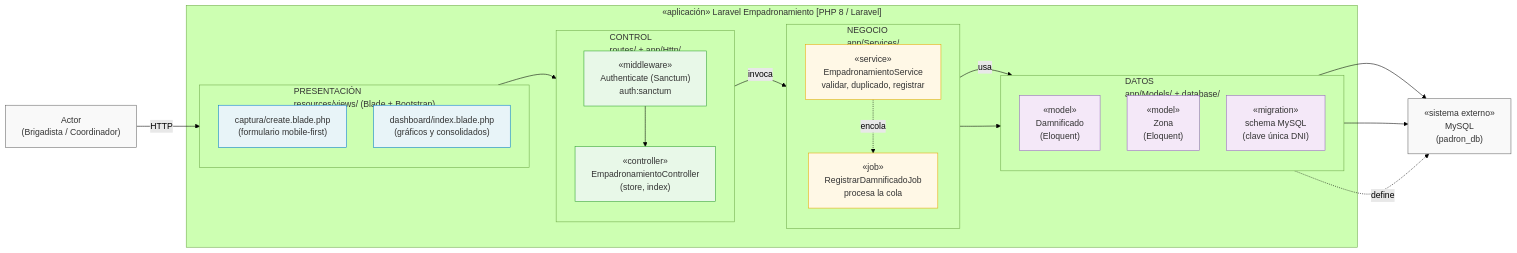
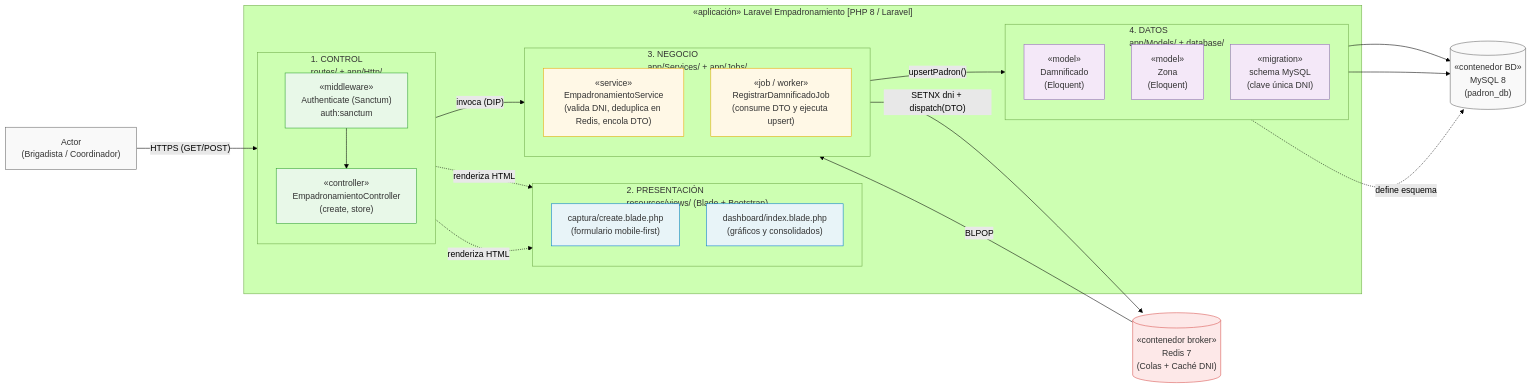
One commit to gabrielquispe27-ops/Sistema-Empadronamiento_arquiSoft_Quispe-02 changed the diagram in img/fuentes-mermaid/enfoque-arquitectonico.mmd. Above: the diagram before and after it, drawn with Mermaid (forest theme). The commit also changed 31 other files, not shown here.

First line of the commit message:
docs(arquitectura): optimización C4, integración de Redis y diagramas actualizados

```diff
--- a/img/fuentes-mermaid/enfoque-arquitectonico.mmd
+++ b/img/fuentes-mermaid/enfoque-arquitectonico.mmd
@@ -1,52 +1,51 @@
 flowchart LR
     classDef pres fill:#e8f4f8,stroke:#007acc,stroke-width:1px,color:#333
     classDef ctrl fill:#e8f8e8,stroke:#2ca02c,stroke-width:1px,color:#333
     classDef biz fill:#fff8e6,stroke:#e6a800,stroke-width:1px,color:#333
     classDef data fill:#f4e8f8,stroke:#9467bd,stroke-width:1px,color:#333
+    classDef queue fill:#fde8e8,stroke:#d9534f,stroke-width:1px,color:#333
     classDef ext fill:#f9f9f9,stroke:#666,stroke-width:1px,color:#333
 
     Usuario["Actor\n(Brigadista / Coordinador)"]:::ext
 
     subgraph APP ["«aplicación» Laravel Empadronamiento [PHP 8 / Laravel]"]
-        subgraph PRES ["PRESENTACIÓN\nresources/views/ (Blade + Bootstrap)"]
+        subgraph CTRL ["1. CONTROL\nroutes/ + app/Http/"]
+            direction TB
+            MW["«middleware»\nAuthenticate (Sanctum)\nauth:sanctum"]:::ctrl
+            C1["«controller»\nEmpadronamientoController\n(create, store)"]:::ctrl
+        end
+
+        subgraph PRES ["2. PRESENTACIÓN\nresources/views/ (Blade + Bootstrap)"]
             direction TB
             V1["captura/create.blade.php\n(formulario mobile-first)"]:::pres
             V2["dashboard/index.blade.php\n(gráficos y consolidados)"]:::pres
         end
 
-        subgraph CTRL ["CONTROL\nroutes/ + app/Http/"]
+        subgraph BIZ ["3. NEGOCIO\napp/Services/ + app/Jobs/"]
             direction TB
-            MW["«middleware»\nAuthenticate (Sanctum)\nauth:sanctum"]:::ctrl
-            C1["«controller»\nEmpadronamientoController\n(store, index)"]:::ctrl
+            S1["«service»\nEmpadronamientoService\n(valida DNI, deduplica en Redis, encola DTO)"]:::biz
+            S2["«job / worker»\nRegistrarDamnificadoJob\n(consume DTO y ejecuta upsert)"]:::biz
         end
 
-        subgraph BIZ ["NEGOCIO\napp/Services/"]
-            direction TB
-            S1["«service»\nEmpadronamientoService\nvalidar, duplicado, registrar"]:::biz
-            S2["«job»\nRegistrarDamnificadoJob\nprocesa la cola"]:::biz
-        end
-
-        subgraph DATA ["DATOS\napp/Models/ + database/"]
+        subgraph DATA ["4. DATOS\napp/Models/ + database/"]
             direction TB
             M1["«model»\nDamnificado\n(Eloquent)"]:::data
             M2["«model»\nZona\n(Eloquent)"]:::data
             MI["«migration»\nschema MySQL\n(clave única DNI)"]:::data
         end
     end
 
-    BD["«sistema externo»\nMySQL\n(padron_db)"]:::ext
+    Redis[("«contenedor broker»\nRedis 7\n(Colas + Caché DNI)")]:::queue
+    BD[("«contenedor BD»\nMySQL 8\n(padron_db)")]:::ext
 
-    Usuario -- "HTTP" --> PRES
-    PRES --> MW
+    Usuario -- "HTTPS (GET/POST)" --> MW
     MW --> C1
-    C1 -- "invoca" --> S1
-    S1 -. "encola" .-> S2
-    S2 -- "usa" --> M1
-    S1 --> M1
+    C1 -. "renderiza HTML" .-> V1
+    C1 -. "renderiza HTML" .-> V2
+    C1 -- "invoca (DIP)" --> S1
+    S1 -- "SETNX dni + dispatch(DTO)" --> Redis
+    Redis -- "BLPOP" --> S2
+    S2 -- "upsertPadron()" --> M1
     M1 --> BD
     M2 --> BD
-    MI -. "define" .-> BD
-
-    PRES ~~~ CTRL
-    CTRL ~~~ BIZ
-    BIZ ~~~ DATA
+    MI -. "define esquema" .-> BD
```
